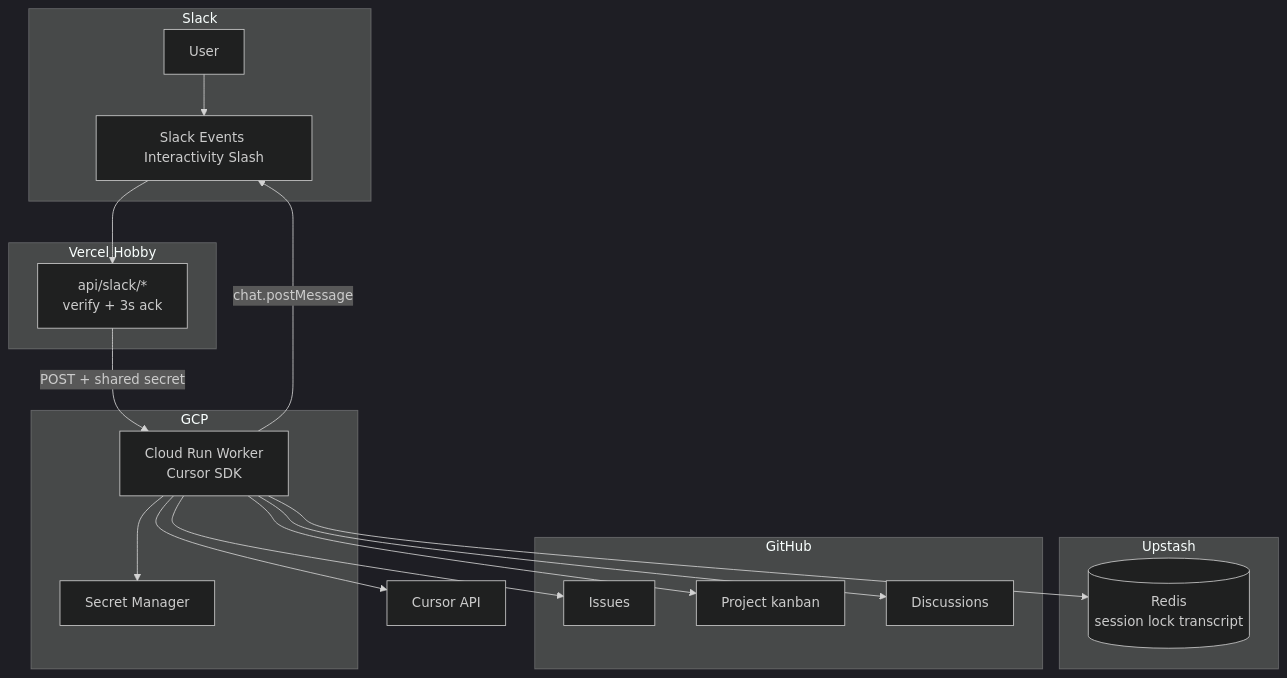
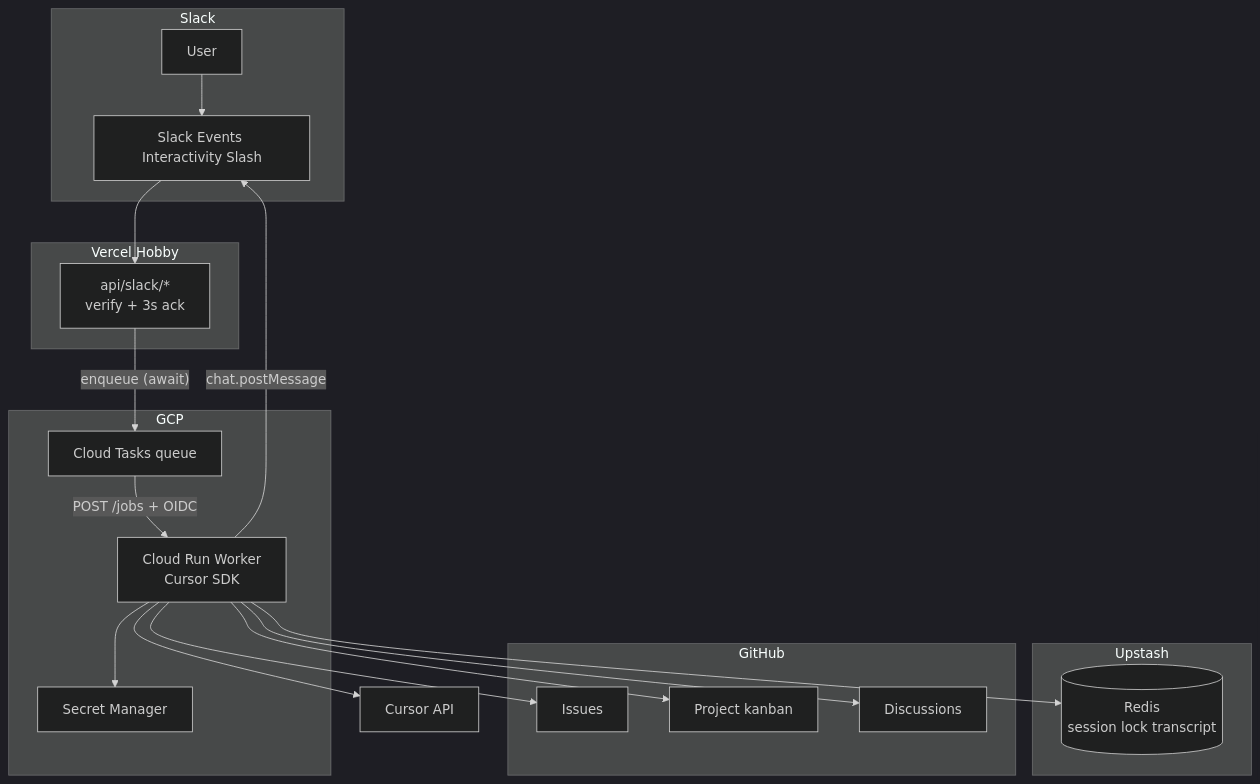
One commit to tentaShiratori/slack-ai-agent changed the second of 5 diagrams in docs/architecture.md. Above: the diagram before and after it, drawn with Mermaid (dark theme). The commit also changed other lines of this file and 23 other files, not shown here.

First line of the commit message:
feat: Vercel から Cloud Run へは Cloud Tasks 経由で配送する

````diff
--- a/docs/architecture.md
+++ b/docs/architecture.md
@@ -53,39 +62,41 @@
 ```mermaid
 flowchart TB
   subgraph slackSide [Slack]
     User[User]
     SlackAPI[Slack Events Interactivity Slash]
   end
 
   subgraph vercelSide [Vercel Hobby]
     Edge["api/slack/*\nverify + 3s ack"]
   end
 
   subgraph gcpSide [GCP]
+    Tasks[Cloud Tasks queue]
     Run[Cloud Run Worker\nCursor SDK]
     SM[Secret Manager]
   end
 
   subgraph upstashSide [Upstash]
     Redis[(Redis\nsession lock transcript)]
   end
 
   subgraph githubSide [GitHub]
     Issues[Issues]
     Project[Project kanban]
     Disc[Discussions]
   end
 
   Cursor[Cursor API]
 
   User --> SlackAPI
   SlackAPI --> Edge
-  Edge -->|"POST + shared secret"| Run
+  Edge -->|"enqueue (await)"| Tasks
+  Tasks -->|"POST /jobs + OIDC"| Run
   Run --> SM
   Run --> Redis
   Run --> Cursor
   Run --> Issues
   Run --> Project
   Run --> Disc
   Run -->|"chat.postMessage"| SlackAPI
 ```
````
